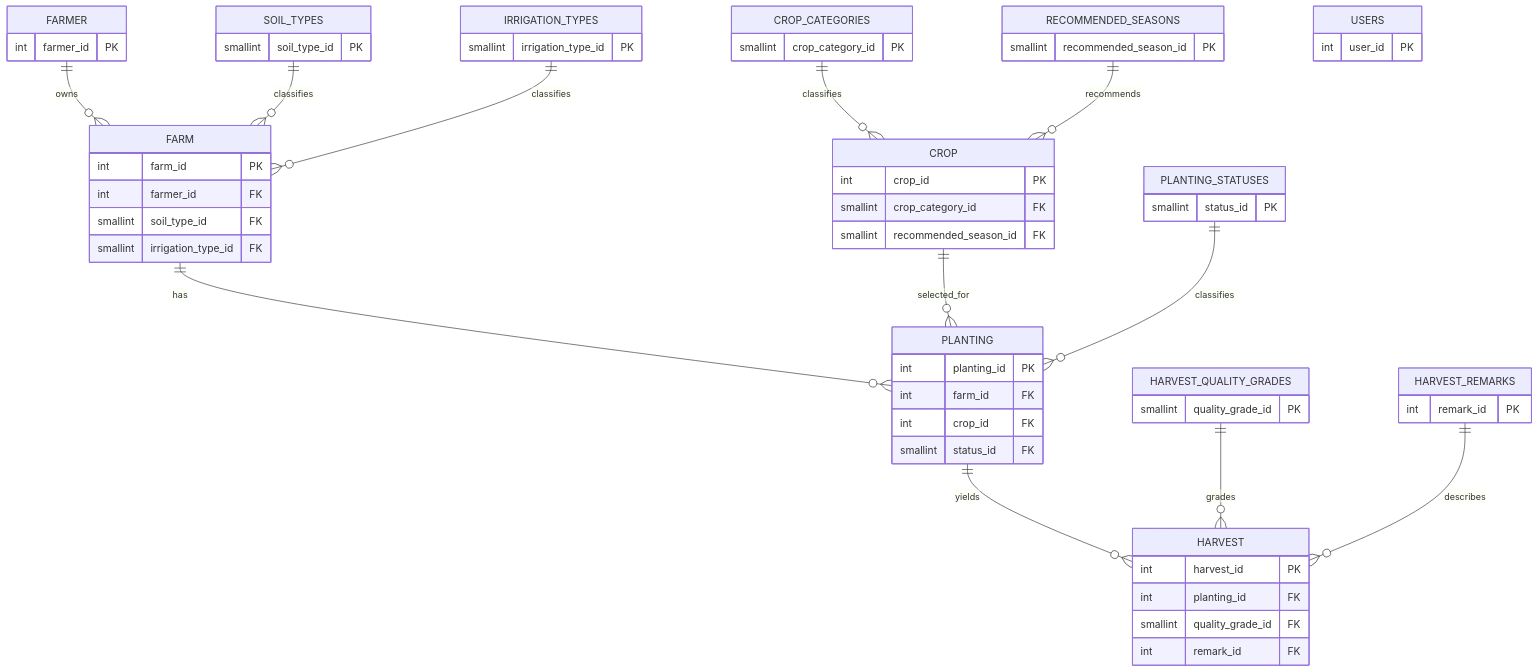
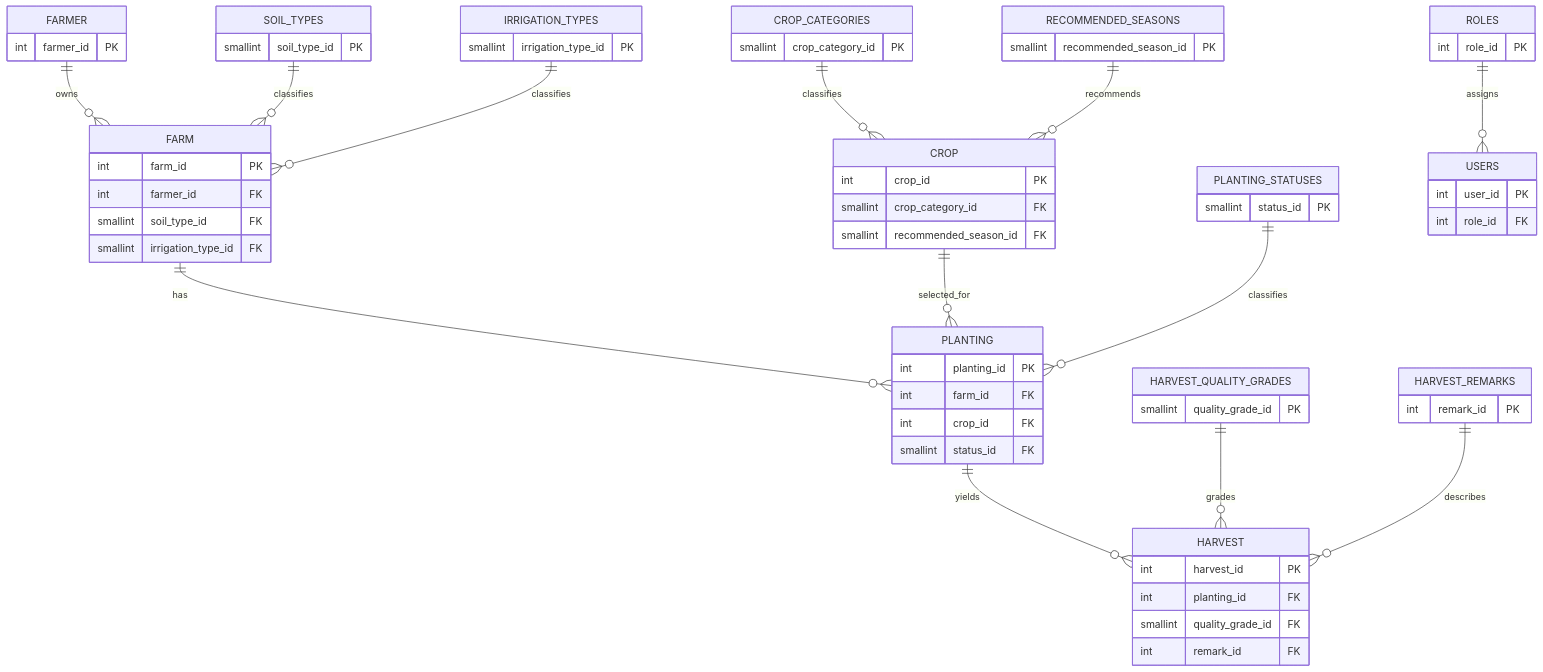
The diagram in FINAL_SYSTEM_DOCUMENTATION.md (coronelstephen4/FMidterm_Project), drawn with Mermaid before and after one commit. The commit also changed other lines of this file and 18 other files, not shown here.

````diff
--- a/FINAL_SYSTEM_DOCUMENTATION.md
+++ b/FINAL_SYSTEM_DOCUMENTATION.md
@@ -109,64 +109,69 @@
 ```mermaid
 erDiagram
     FARMER ||--o{ FARM : owns
     FARM ||--o{ PLANTING : has
     CROP ||--o{ PLANTING : selected_for
     PLANTING ||--o{ HARVEST : yields
     SOIL_TYPES ||--o{ FARM : classifies
     IRRIGATION_TYPES ||--o{ FARM : classifies
     CROP_CATEGORIES ||--o{ CROP : classifies
     RECOMMENDED_SEASONS ||--o{ CROP : recommends
     PLANTING_STATUSES ||--o{ PLANTING : classifies
     HARVEST_QUALITY_GRADES ||--o{ HARVEST : grades
     HARVEST_REMARKS ||--o{ HARVEST : describes
+    ROLES ||--o{ USERS : assigns
     FARMER {
         int farmer_id PK
     }
     FARM {
         int farm_id PK
         int farmer_id FK
         smallint soil_type_id FK
         smallint irrigation_type_id FK
     }
     CROP {
         int crop_id PK
         smallint crop_category_id FK
         smallint recommended_season_id FK
     }
     PLANTING {
         int planting_id PK
         int farm_id FK
         int crop_id FK
         smallint status_id FK
     }
     HARVEST {
         int harvest_id PK
         int planting_id FK
         smallint quality_grade_id FK
         int remark_id FK
     }
     SOIL_TYPES {
         smallint soil_type_id PK
     }
     IRRIGATION_TYPES {
         smallint irrigation_type_id PK
     }
     CROP_CATEGORIES {
         smallint crop_category_id PK
     }
     RECOMMENDED_SEASONS {
         smallint recommended_season_id PK
     }
     PLANTING_STATUSES {
         smallint status_id PK
     }
     HARVEST_QUALITY_GRADES {
         smallint quality_grade_id PK
     }
     HARVEST_REMARKS {
         int remark_id PK
     }
     USERS {
         int user_id PK
+        int role_id FK
+    }
+    ROLES {
+        int role_id PK
     }
 ```
````
